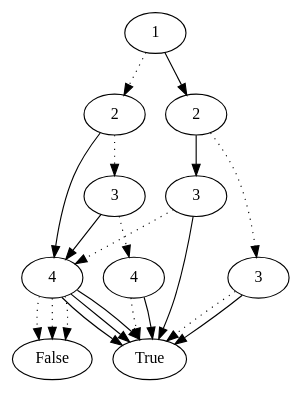
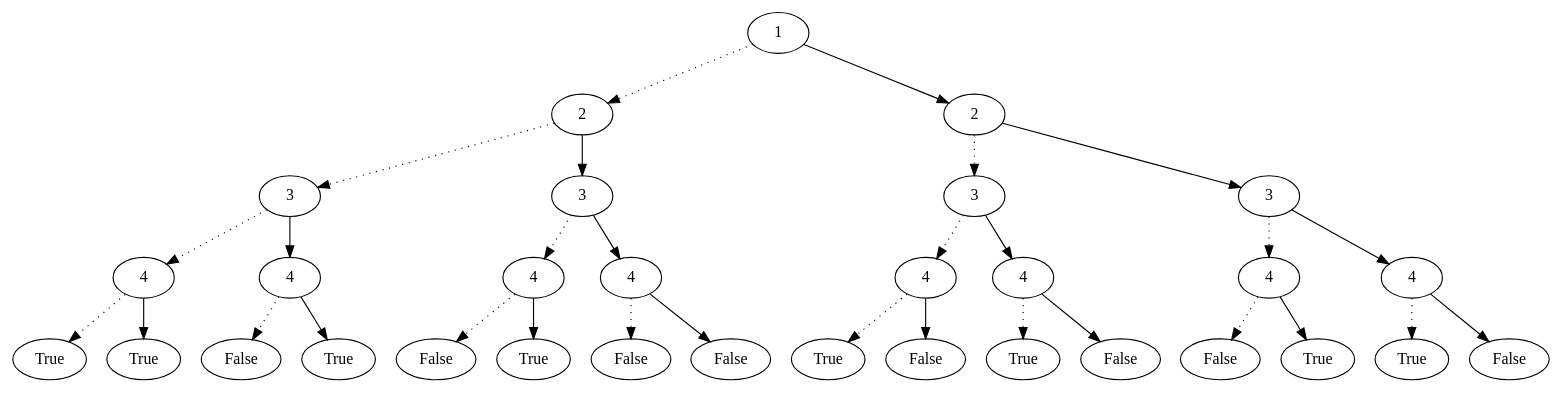
One commit to Tinshea/Zero-Suppressed-Binary-Decision-Diagram changed the diagram in monfichier.dot. Above: the diagram before and after it, drawn with Graphviz. The commit also changed 8 other files, not shown here.

```diff
--- a/monfichier.dot
+++ b/monfichier.dot
@@ -1,43 +1,63 @@
 digraph  {
-  70105056381956 [label = 1];
-  70105056381956 -> 70105056385724 [style=dotted] 
-  70105056385724 [label = 2];
-  70105056385724 -> 70105056387196 [style=dotted] 
-  70105056387196 [label = 3];
-  70105056387196 -> 70105056387996 [style=dotted] 
-  70105056387996 [label = 4];
-  70105056387996 -> 70105056388336 [style=dotted] 
- 70105056388336 [label = True] 
-  70105056387996 -> 70105056388336  
- 70105056388336 [label = True] 
-  70105056387196 -> 70105056387556  
-  70105056387556 [label = 4];
-  70105056387556 -> 70105056387884 [style=dotted] 
-  70105056387884 [label = False] 
-  70105056387556 -> 70105056388336  
- 70105056388336 [label = True] 
-  70105056385724 -> 70105056387556  
-  70105056387556 [label = 4];
-  70105056387556 -> 70105056387884 [style=dotted] 
-  70105056387884 [label = False] 
-  70105056387556 -> 70105056388336  
- 70105056388336 [label = True] 
-  70105056381956 -> 70105056383144  
-  70105056383144 [label = 2];
-  70105056383144 -> 70105056384784 [style=dotted] 
-  70105056384784 [label = 3];
-  70105056384784 -> 70105056388336 [style=dotted] 
- 70105056388336 [label = True] 
-  70105056384784 -> 70105056388336  
- 70105056388336 [label = True] 
-  70105056383144 -> 70105056383756  
-  70105056383756 [label = 3];
-  70105056383756 -> 70105056387556 [style=dotted] 
-  70105056387556 [label = 4];
-  70105056387556 -> 70105056387884 [style=dotted] 
-  70105056387884 [label = False] 
-  70105056387556 -> 70105056388336  
- 70105056388336 [label = True] 
-  70105056383756 -> 70105056388336  
- 70105056388336 [label = True] 
+  69928437190584 [label = 1];
+  69928437190584 -> 69928437190600 [style=dotted] 
+  69928437190584 -> 69928437191232  
+  69928437190600 [label = 2];
+  69928437190600 -> 69928437190616 [style=dotted] 
+  69928437190600 -> 69928437190864  
+  69928437190616 [label = 3];
+  69928437190616 -> 69928437190632 [style=dotted] 
+  69928437190616 -> 69928437190712  
+  69928437190632 [label = 4];
+  69928437190632 -> 69928437190648 [style=dotted] 
+  69928437190632 -> 69928437190656  
+ 69928437190648 [label = True] 
+ 69928437190656 [label = True] 
+  69928437190712 [label = 4];
+  69928437190712 -> 69928437190728 [style=dotted] 
+  69928437190712 -> 69928437190736  
+  69928437190728 [label = False] 
+ 69928437190736 [label = True] 
+  69928437190864 [label = 3];
+  69928437190864 -> 69928437190880 [style=dotted] 
+  69928437190864 -> 69928437190960  
+  69928437190880 [label = 4];
+  69928437190880 -> 69928437190896 [style=dotted] 
+  69928437190880 -> 69928437190904  
+  69928437190896 [label = False] 
+ 69928437190904 [label = True] 
+  69928437190960 [label = 4];
+  69928437190960 -> 69928437190976 [style=dotted] 
+  69928437190960 -> 69928437190984  
+  69928437190976 [label = False] 
+  69928437190984 [label = False] 
+  69928437191232 [label = 2];
+  69928437191232 -> 69928437191248 [style=dotted] 
+  69928437191232 -> 69928437191496  
+  69928437191248 [label = 3];
+  69928437191248 -> 69928437191264 [style=dotted] 
+  69928437191248 -> 69928437191344  
+  69928437191264 [label = 4];
+  69928437191264 -> 69928437191280 [style=dotted] 
+  69928437191264 -> 69928437191288  
+ 69928437191280 [label = True] 
+  69928437191288 [label = False] 
+  69928437191344 [label = 4];
+  69928437191344 -> 69928437191360 [style=dotted] 
+  69928437191344 -> 69928437191368  
+ 69928437191360 [label = True] 
+  69928437191368 [label = False] 
+  69928437191496 [label = 3];
+  69928437191496 -> 69928437191512 [style=dotted] 
+  69928437191496 -> 69928437191592  
+  69928437191512 [label = 4];
+  69928437191512 -> 69928437191528 [style=dotted] 
+  69928437191512 -> 69928437191536  
+  69928437191528 [label = False] 
+ 69928437191536 [label = True] 
+  69928437191592 [label = 4];
+  69928437191592 -> 69928437191608 [style=dotted] 
+  69928437191592 -> 69928437191616  
+ 69928437191608 [label = True] 
+  69928437191616 [label = False] 
 }
```
